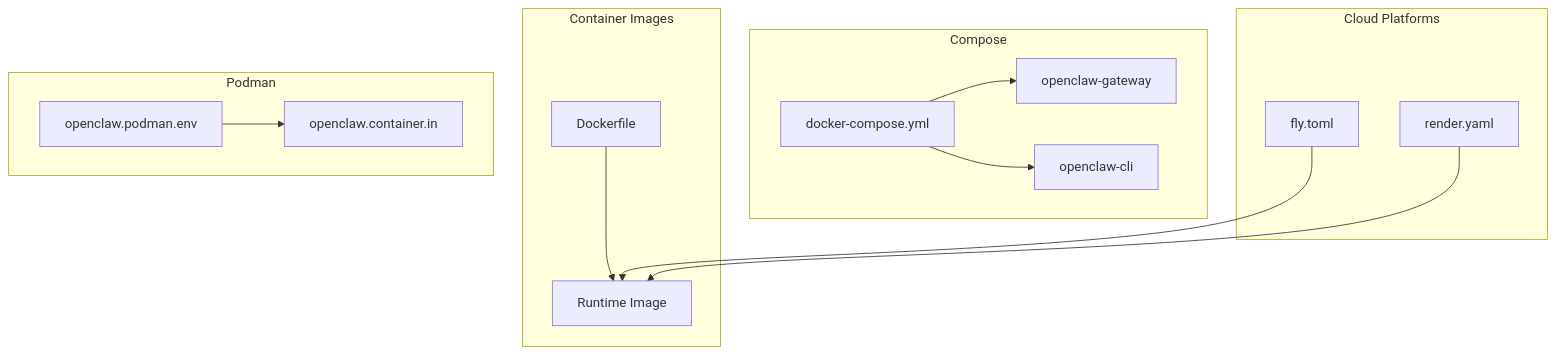
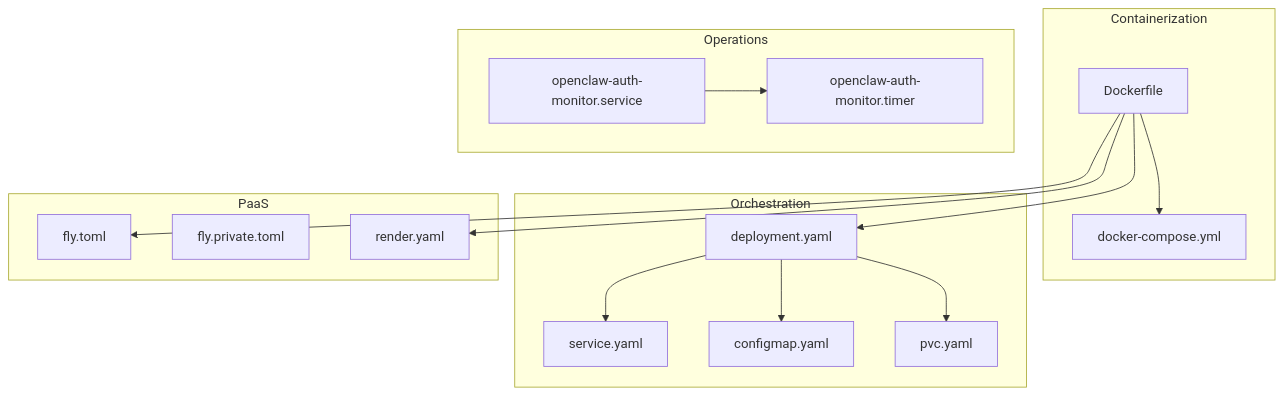
Before and after one commit to botx-work/OpenClaw-Internals: the first of 7 diagrams in repowiki/en/content/Deployment & Operations/Deployment & Operations.md, drawn with Mermaid. The commit also changed other lines of this file and 332 other files, not shown here.

````diff
--- a/repowiki/en/content/Deployment & Operations/Deployment & Operations.md
+++ b/repowiki/en/content/Deployment & Operations/Deployment & Operations.md
@@ -44,26 +44,30 @@
 ```mermaid
 graph TB
-subgraph "Container Images"
+subgraph "Containerization"
 DF["Dockerfile"]
-IMG["Runtime Image"]
+DC["docker-compose.yml"]
 end
-subgraph "Compose"
-DC["docker-compose.yml"]
-GW["openclaw-gateway"]
-CLI["openclaw-cli"]
+subgraph "Orchestration"
+K8S_DEPLOY["deployment.yaml"]
+K8S_SVC["service.yaml"]
+K8S_CFG["configmap.yaml"]
+K8S_PVC["pvc.yaml"]
 end
-subgraph "Cloud Platforms"
-FL["fly.toml"]
-RD["render.yaml"]
+subgraph "PaaS"
+FLY["fly.toml"]
+FLY_PRIV["fly.private.toml"]
+REN["render.yaml"]
 end
-subgraph "Podman"
-ENV["openclaw.podman.env"]
-QUAD["openclaw.container.in"]
+subgraph "Operations"
+SYS_SVC["openclaw-auth-monitor.service"]
+SYS_TIMER["openclaw-auth-monitor.timer"]
 end
-DF --> IMG
-DC --> GW
-DC --> CLI
-FL --> IMG
-RD --> IMG
-ENV --> QUAD
+DF --> DC
+DF --> K8S_DEPLOY
+DF --> FLY
+DF --> REN
+K8S_DEPLOY --> K8S_SVC
+K8S_DEPLOY --> K8S_CFG
+K8S_DEPLOY --> K8S_PVC
+SYS_SVC --> SYS_TIMER
 ```
````
